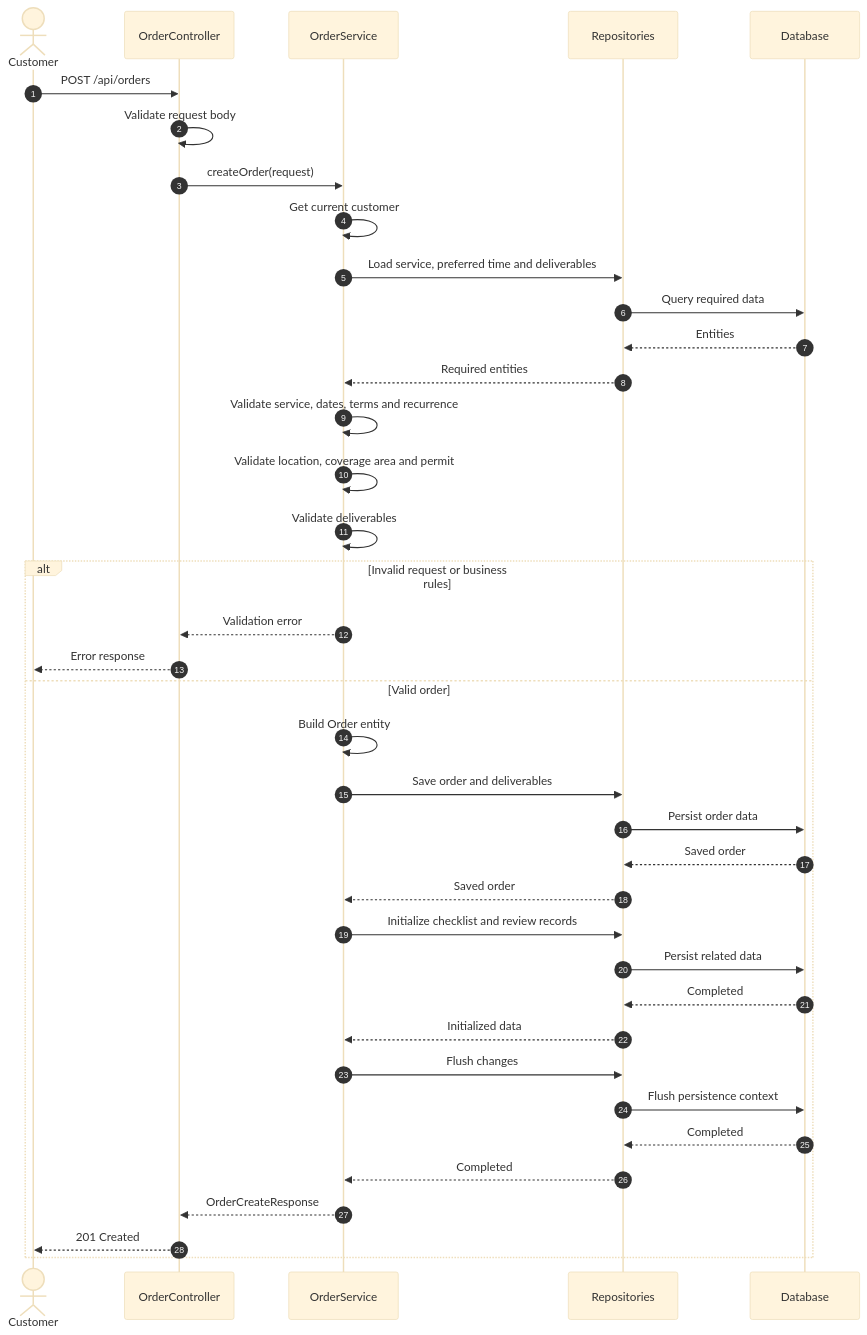
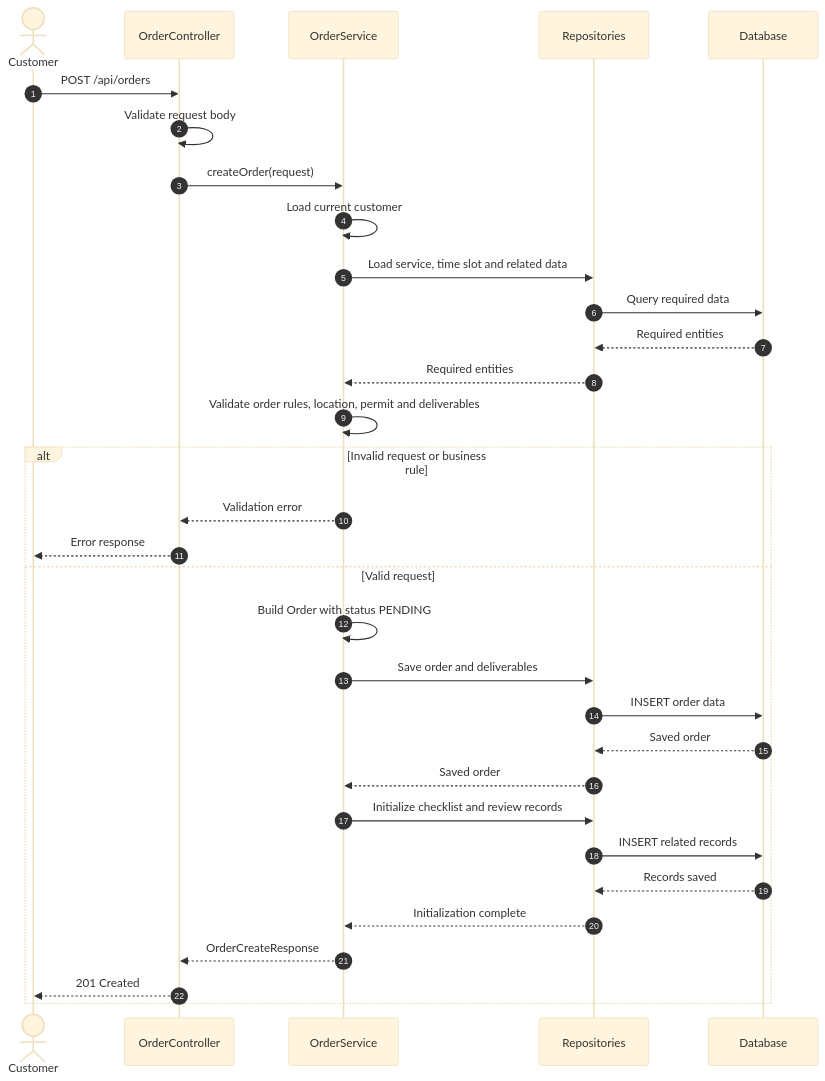
The diagram in ondemandmonitoring/docs/diagrams/create-order-sequence.md (baonoob1011/on-demand-monitoring-system), drawn with Mermaid (base theme) before and after one commit. The commit also changed 9 other files, not shown here.

````diff
--- a/ondemandmonitoring/docs/diagrams/create-order-sequence.md
+++ b/ondemandmonitoring/docs/diagrams/create-order-sequence.md
@@ -1,50 +1,38 @@
 ```mermaid
 sequenceDiagram
     autonumber
 
     actor Customer
     participant Controller as OrderController
     participant Service as OrderService
-    participant Repo as Repositories
-    participant DB as Database
+    participant Repository as Repositories
+    participant Database as Database
 
     Customer->>Controller: POST /api/orders
     Controller->>Controller: Validate request body
     Controller->>Service: createOrder(request)
+    Service->>Service: Load current customer
+    Service->>Repository: Load service, time slot and related data
+    Repository->>Database: Query required data
+    Database-->>Repository: Required entities
+    Repository-->>Service: Required entities
 
-    Service->>Service: Get current customer
+    Service->>Service: Validate order rules, location, permit and deliverables
 
-    Service->>Repo: Load service, preferred time and deliverables
-    Repo->>DB: Query required data
-    DB-->>Repo: Entities
-    Repo-->>Service: Required entities
-
-    Service->>Service: Validate service, dates, terms and recurrence
-    Service->>Service: Validate location, coverage area and permit
-    Service->>Service: Validate deliverables
-
-    alt Invalid request or business rules
+    alt Invalid request or business rule
         Service-->>Controller: Validation error
         Controller-->>Customer: Error response
-    else Valid order
-        Service->>Service: Build Order entity
-
-        Service->>Repo: Save order and deliverables
-        Repo->>DB: Persist order data
-        DB-->>Repo: Saved order
-        Repo-->>Service: Saved order
-
-        Service->>Repo: Initialize checklist and review records
-        Repo->>DB: Persist related data
-        DB-->>Repo: Completed
-        Repo-->>Service: Initialized data
-
-        Service->>Repo: Flush changes
-        Repo->>DB: Flush persistence context
-        DB-->>Repo: Completed
-        Repo-->>Service: Completed
-
+    else Valid request
+        Service->>Service: Build Order with status PENDING
+        Service->>Repository: Save order and deliverables
+        Repository->>Database: INSERT order data
+        Database-->>Repository: Saved order
+        Repository-->>Service: Saved order
+        Service->>Repository: Initialize checklist and review records
+        Repository->>Database: INSERT related records
+        Database-->>Repository: Records saved
+        Repository-->>Service: Initialization complete
         Service-->>Controller: OrderCreateResponse
         Controller-->>Customer: 201 Created
     end
 ```
````
